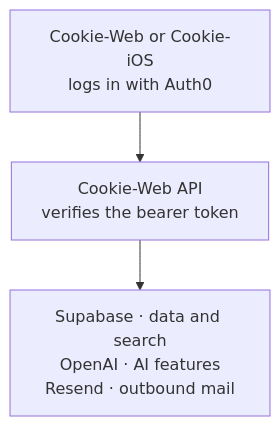
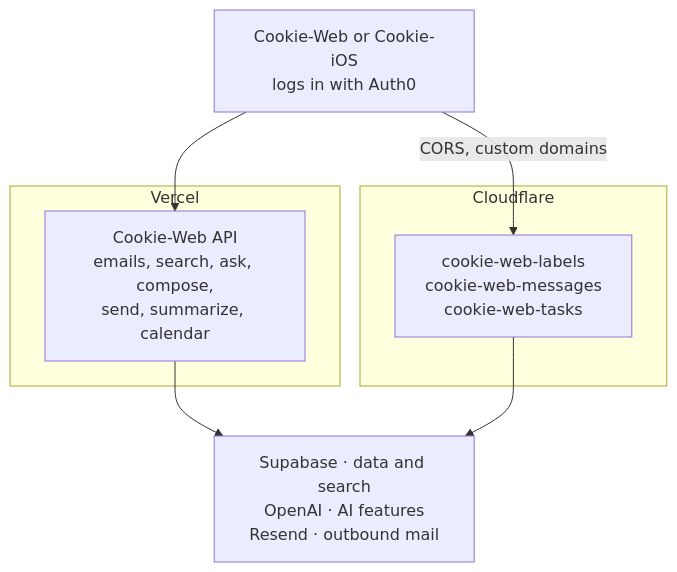
Before and after one commit to allistera/Cookie-Docs: the fifth of 7 diagrams in docs/01-architecture.mdx, drawn with Mermaid. The commit also changed other lines of this file and 2 other files, not shown here.

First line of the commit message:
docs: document all six Workers and the Vercel/Cloudflare split

````diff
--- a/docs/01-architecture.mdx
+++ b/docs/01-architecture.mdx
@@ -114,8 +139,19 @@
 ```mermaid
 flowchart TB
     Login["Cookie-Web or Cookie-iOS<br/>logs in with Auth0"]
-    API["Cookie-Web API<br/>verifies the bearer token"]
+
+    subgraph Vercel["Vercel"]
+        API["Cookie-Web API<br/>emails, search, ask, compose,<br/>send, summarize, calendar"]
+    end
+
+    subgraph CF["Cloudflare"]
+        Workers["cookie-web-labels<br/>cookie-web-messages<br/>cookie-web-tasks"]
+    end
+
     Services["Supabase · data and search<br/>OpenAI · AI features<br/>Resend · outbound mail"]
 
-    Login --> API --> Services
+    Login --> API
+    Login -- "CORS, custom domains" --> Workers
+    API --> Services
+    Workers --> Services
 ```
````
